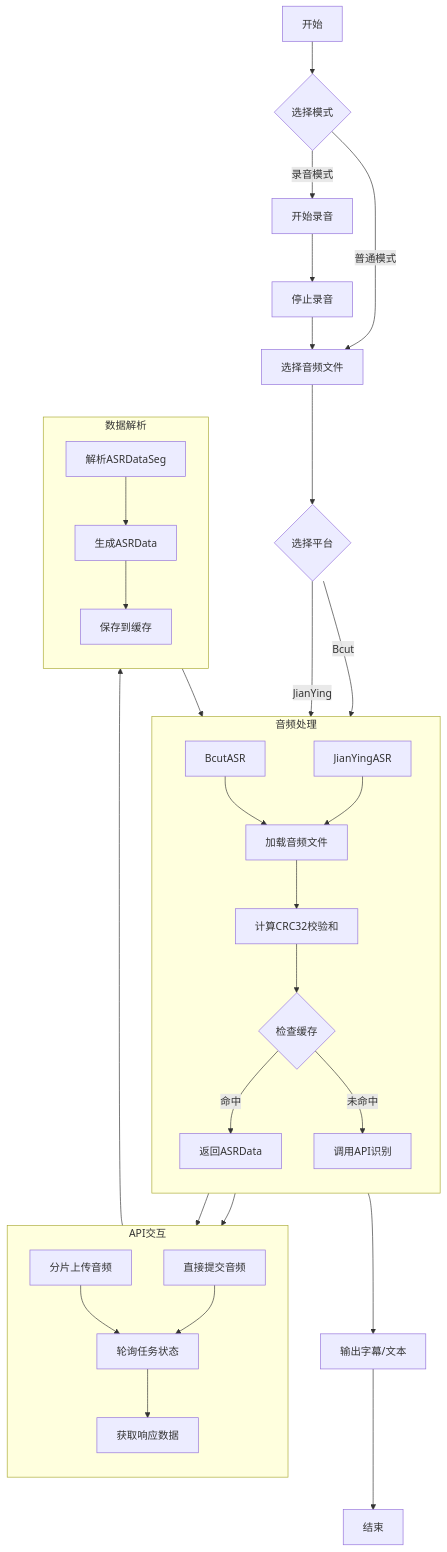
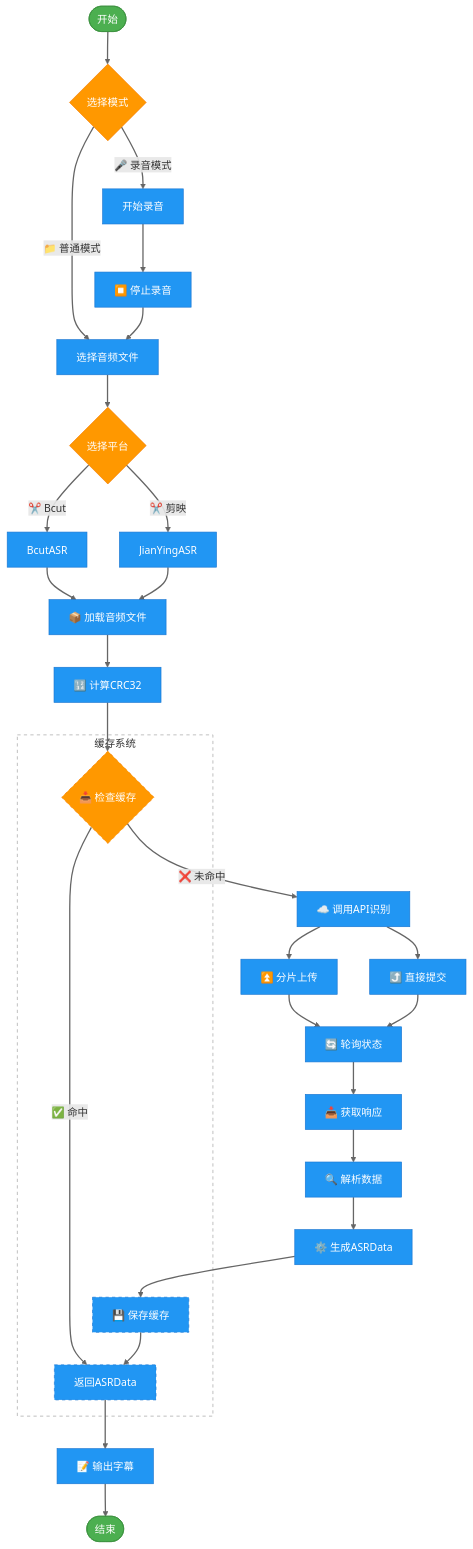
Before and after one commit to HandyWote/ASRTool: the diagram in README.md, drawn with Mermaid. The commit also changed 1 other file, not shown here.

Commit message:
修改README

````diff
--- a/README.md
+++ b/README.md
@@ -29,40 +29,48 @@
 ```mermaid
 graph TB
-    Start[开始] --> Mode{选择模式}
-    Mode -->|普通模式| A[选择音频文件]
-    Mode -->|录音模式| Rec[开始录音]
-    Rec --> Stop[停止录音]
+    %% 定义样式
+    classDef handDrawn font-family:'Comic Sans MS',stroke-width:3px,fill:#FFF;
+    classDef startEnd fill:#4CAF50,stroke:#388E3C,color:white;
+    classDef process fill:#2196F3,stroke:#1976D2,color:white;
+    classDef decision fill:#FF9800,stroke:#F57C00,color:white;
+    classDef cache stroke-dasharray:5 5;
+    linkStyle default stroke:#666,stroke-width:2px;
+
+    %% 流程图结构
+    Start([开始]):::startEnd --> Mode{选择模式}:::decision
+    Mode -->|📁 普通模式| A[选择音频文件]:::process
+    Mode -->|🎤 录音模式| Rec[开始录音]:::process
+    Rec --> Stop[⏹️ 停止录音]:::process
     Stop --> A
+    A --> B{选择平台}:::decision
+    B -->|✂️ Bcut| C1[BcutASR]:::process
+    B -->|✂️ 剪映| C2[JianYingASR]:::process
+    C1 --> D[📦 加载音频文件]:::process
+    C2 --> D
+    D --> E[🔢 计算CRC32]:::process
+    E --> F{📥 检查缓存}:::decision
+    F -->|✅ 命中| G[返回ASRData]:::process
+    F -->|❌ 未命中| H[☁️ 调用API识别]:::process
+    H --> I1[⏫ 分片上传]:::process
+    H --> I2[⤴️ 直接提交]:::process
+    I1 --> J[🔄 轮询状态]:::process
+    I2 --> J
+    J --> K[📥 获取响应]:::process
+    K --> L[🔍 解析数据]:::process
+    L --> M[⚙️ 生成ASRData]:::process
+    M --> N[💾 保存缓存]:::process
+    N --> G
+    G --> O[📝 输出字幕]:::process
+    O --> End([结束]):::startEnd
 
-    A --> B{选择平台}
-    B -->|Bcut| C1[BcutASR]
-    B -->|JianYing| C2[JianYingASR]
-
-    subgraph 音频处理
-        direction TB
-        C1 & C2  --> D[加载音频文件]
-        D --> E[计算CRC32校验和]
-        E --> F{检查缓存}
-        F -->|命中| G[返回ASRData]
-        F -->|未命中| H[调用API识别]
+    %% 虚线框区域
+    subgraph 缓存系统
+    F
+    G
+    N
     end
 
-    subgraph API交互
-        direction TB
-        H --> I1[分片上传音频]
-        H --> I2[直接提交音频]
-        I1 & I2 --> J[轮询任务状态]
-        J --> K[获取响应数据]
-    end
-
-    subgraph 数据解析
-        direction TB
-        K --> L[解析ASRDataSeg]
-        L --> M[生成ASRData]
-        M --> N[保存到缓存]
-        N --> G
-    end
-
-    G --> O[输出字幕/文本]
-    O --> End[结束]
+    %% 样式增强
+    style 缓存系统 stroke:#9E9E9E,stroke-dasharray:5,5,fill:none
+    class F,G,N cache;
 ```
````
